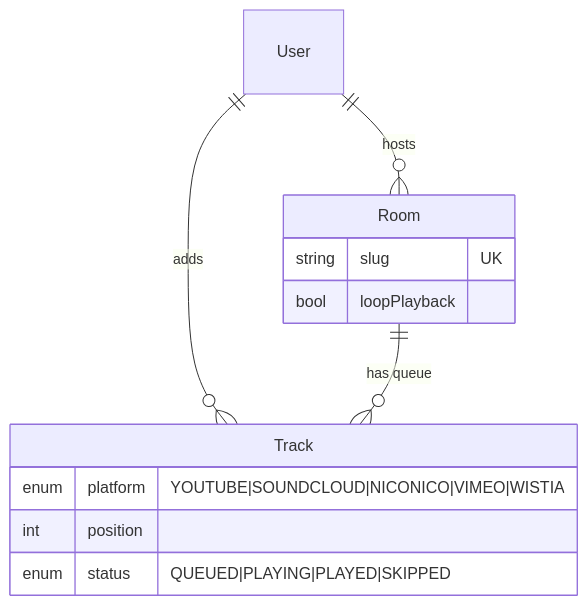
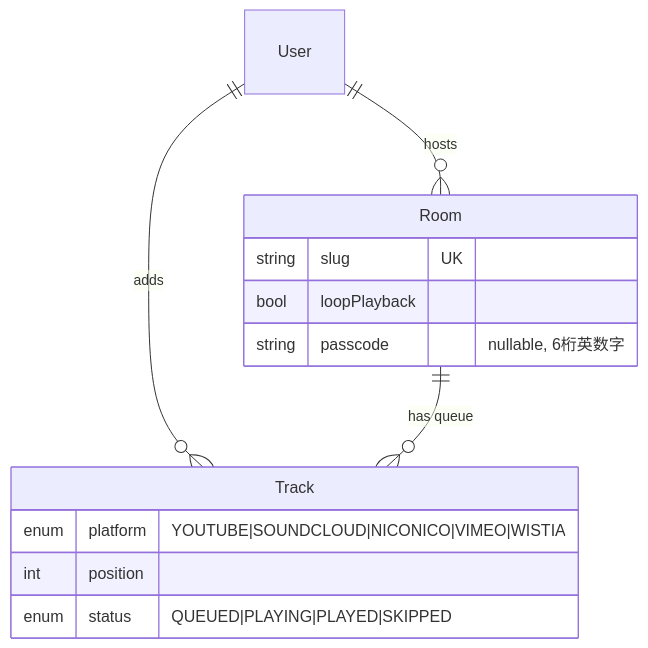
The third of 7 diagrams in docs/architecture.md (zagan-the-gun/XW-1), drawn with Mermaid before and after one commit. The commit also changed other lines of this file and 44 other files, not shown here.

````diff
--- a/docs/architecture.md
+++ b/docs/architecture.md
@@ -73,16 +73,17 @@
 ```mermaid
 erDiagram
     User ||--o{ Room : "hosts"
     User ||--o{ Track : "adds"
     Room ||--o{ Track : "has queue"
 
     Room {
         string slug UK
         bool loopPlayback
+        string passcode "nullable, 6桁英数字"
     }
     Track {
         enum platform "YOUTUBE|SOUNDCLOUD|NICONICO|VIMEO|WISTIA"
         int position
         enum status "QUEUED|PLAYING|PLAYED|SKIPPED"
     }
 ```
````
